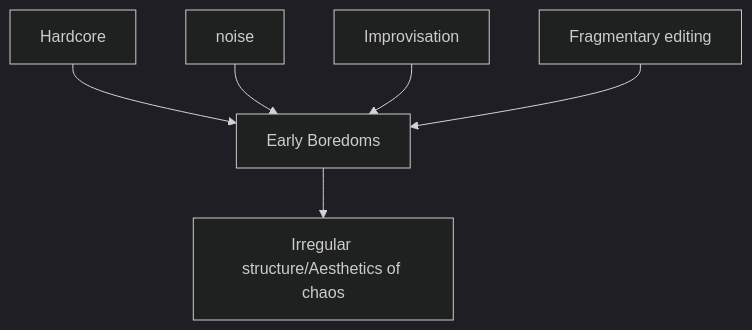
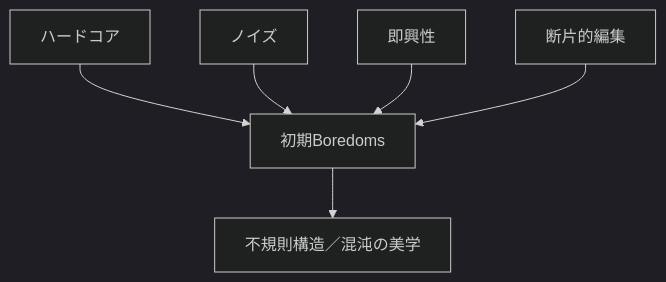
The second of 6 diagrams in en/_posts/2025-12-05-column-boredoms.md (monumental-movement/monumental-movement.github.io), drawn with Mermaid (dark theme) before and after one commit. The commit also changed other lines of this file and 775 other files, not shown here.

```diff
--- a/en/_posts/2025-12-05-column-boredoms.md
+++ b/en/_posts/2025-12-05-column-boredoms.md
@@ -80,8 +79,8 @@
 <div class="mermaid">
 flowchart TD
-    A["Hardcore"] --> F["Early Boredoms"]
-    B["noise"] --> F
-    C["Improvisation"] --> F
-    D["Fragmentary editing"] --> F
-    F --> G["Irregular structure/Aesthetics of chaos"]
+    A["ハードコア"] --> F["初期Boredoms"]
+    B["ノイズ"] --> F
+    C["即興性"] --> F
+    D["断片的編集"] --> F
+    F --> G["不規則構造／混沌の美学"]
 </div>
```
